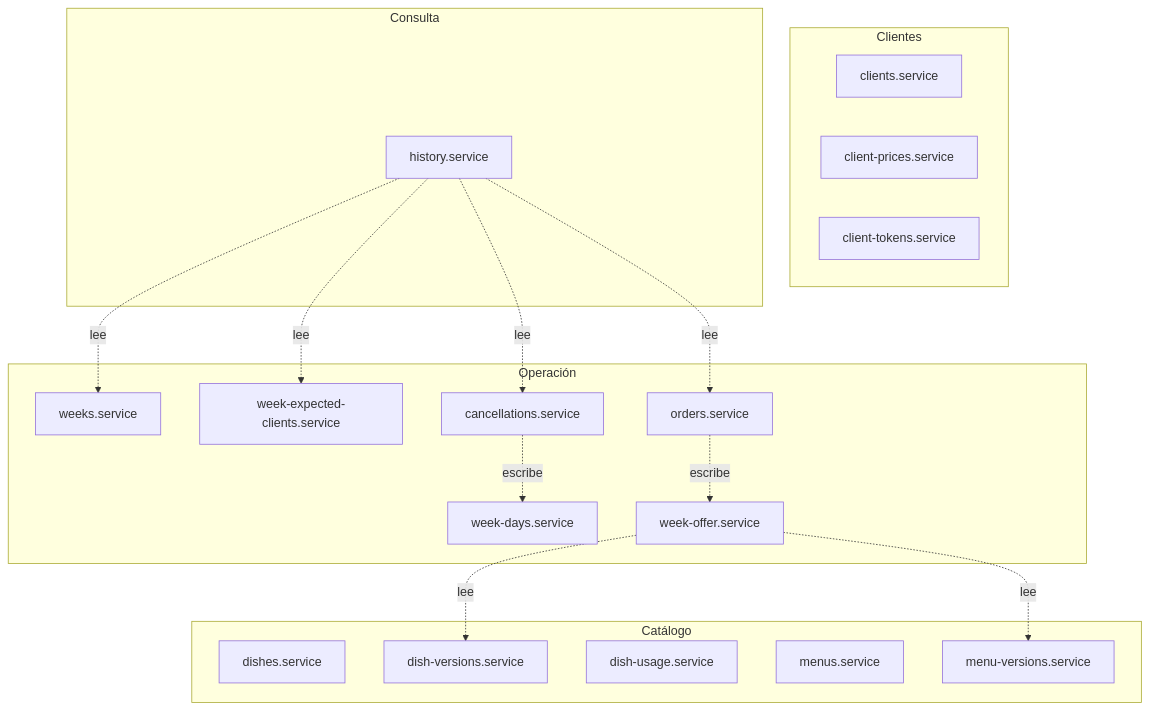
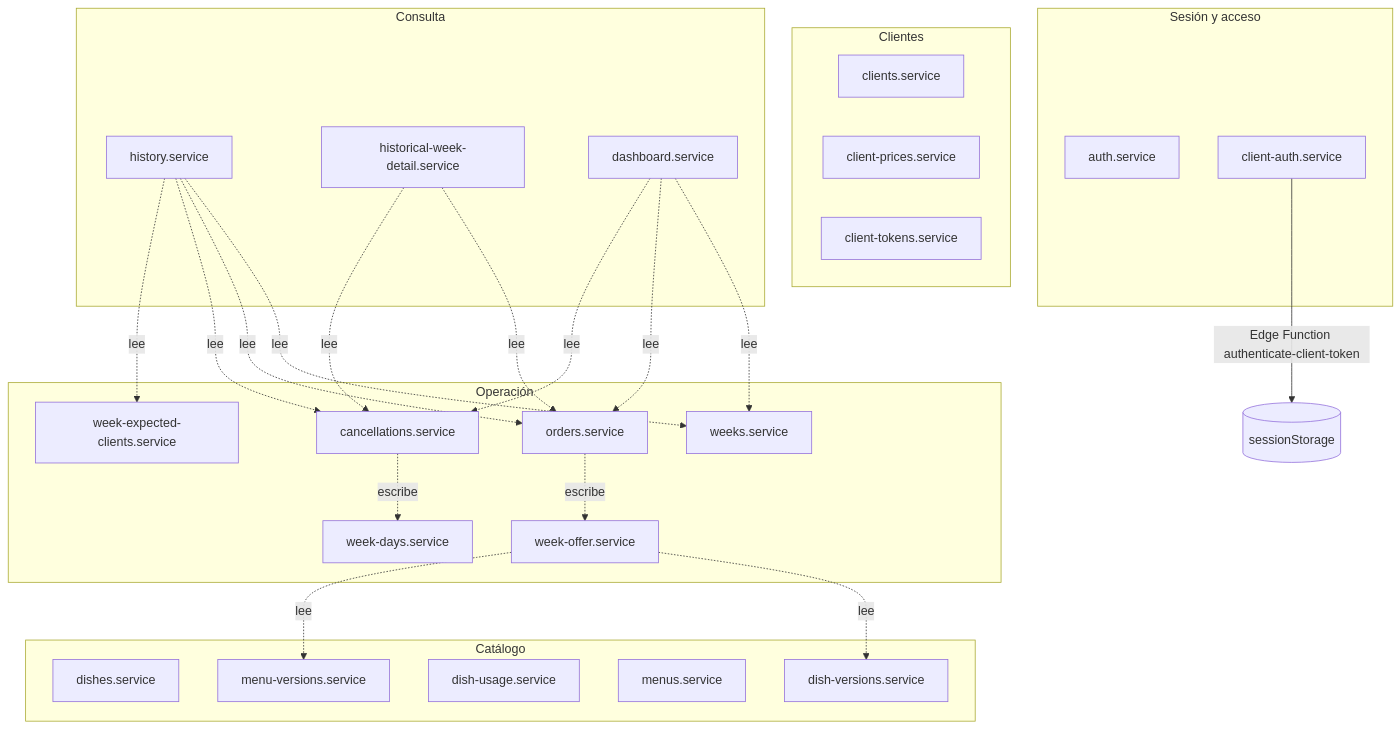
Before and after one commit to Franc0-L/Todo-Artesanal-Legacy: the eighth of 8 diagrams in docs/arquitectura.md, drawn with Mermaid. The commit also changed other lines of this file and 22 other files, not shown here.

First line of the commit message:
feat(menu): implement client menu page and session management

````diff
--- a/docs/arquitectura.md
+++ b/docs/arquitectura.md
@@ -218,38 +253,51 @@
 ```mermaid
 flowchart TB
     subgraph Clientes
         C1[clients.service]
         C2[client-prices.service]
         C3[client-tokens.service]
     end
 
     subgraph Catálogo
         P1[dishes.service]
         P2[dish-versions.service]
         P3[dish-usage.service]
         M1[menus.service]
         M2[menu-versions.service]
     end
 
     subgraph Operación
         S1[weeks.service]
         S2[week-days.service]
         S3[week-offer.service]
         S4[week-expected-clients.service]
         O1[orders.service]
         X1[cancellations.service]
     end
 
     subgraph Consulta
         H1[history.service]
+        H2[historical-week-detail.service]
+        D1[dashboard.service]
+    end
+
+    subgraph "Sesión y acceso"
+        AU[auth.service]
+        CA[client-auth.service]
     end
 
     H1 -.->|lee| S1
     H1 -.->|lee| O1
     H1 -.->|lee| X1
     H1 -.->|lee| S4
+    H2 -.->|lee| O1
+    H2 -.->|lee| X1
+    D1 -.->|lee| S1
+    D1 -.->|lee| O1
+    D1 -.->|lee| X1
+    CA -->|Edge Function authenticate-client-token| CA1[(sessionStorage)]
     S3 -.->|lee| P2
     S3 -.->|lee| M2
     O1 -.->|escribe| S3
     X1 -.->|escribe| S2
 ```
````
